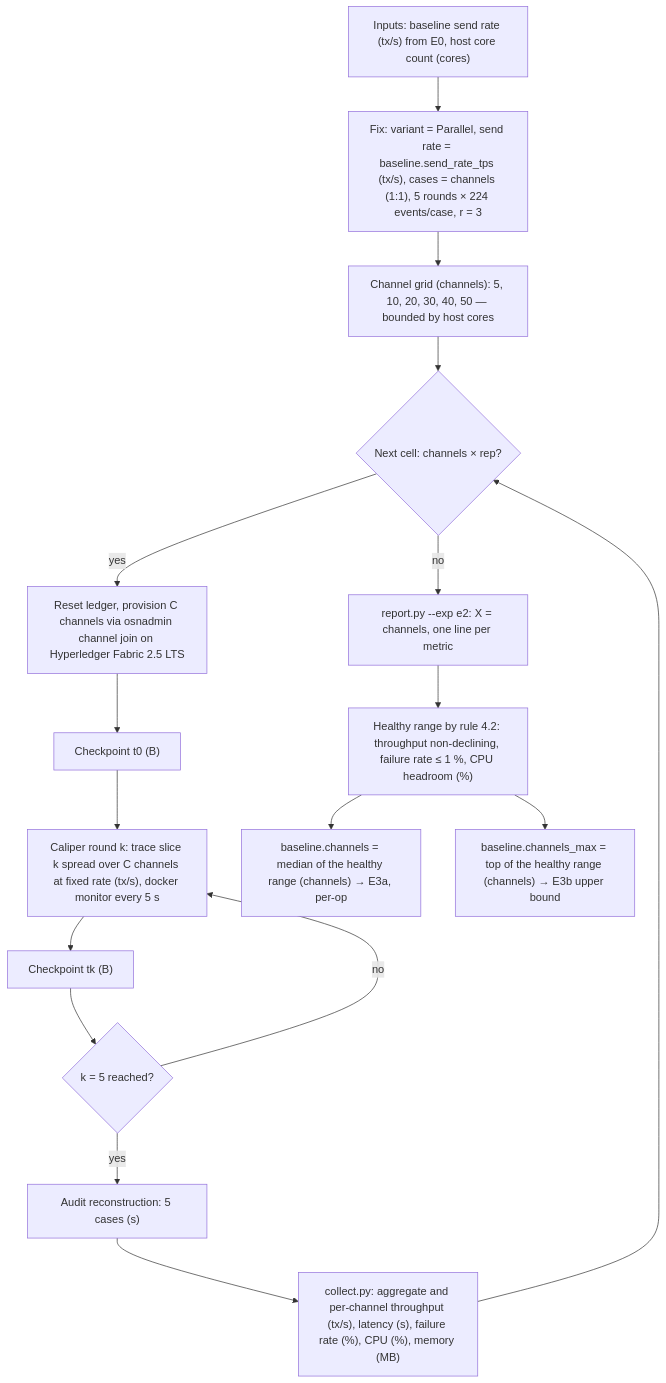
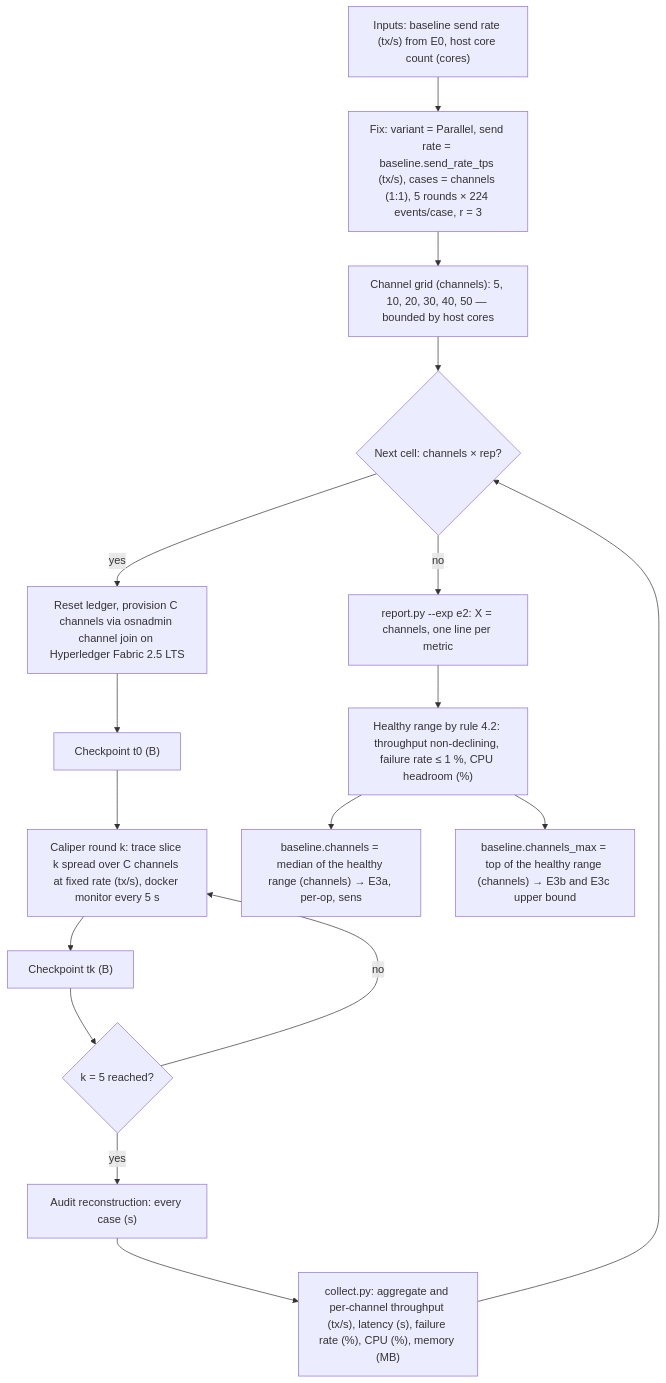
One commit to theflorist18/GLEIPNIR changed the second of 3 diagrams in docs/methodology/experiments.md. Above: the diagram before and after it, drawn with Mermaid. The commit also changed other lines of this file and 56 other files, not shown here.

````diff
--- a/docs/methodology/experiments.md
+++ b/docs/methodology/experiments.md
@@ -269,19 +398,19 @@
 ```mermaid
 flowchart TD
     A["Inputs: baseline send rate (tx/s) from E0, host core count (cores)"] --> B["Fix: variant = Parallel, send rate = baseline.send_rate_tps (tx/s), cases = channels (1:1), 5 rounds × 224 events/case, r = 3"]
     B --> C["Channel grid (channels): 5, 10, 20, 30, 40, 50 — bounded by host cores"]
     C --> D{"Next cell: channels × rep?"}
     D -->|"yes"| E["Reset ledger, provision C channels via osnadmin channel join on Hyperledger Fabric 2.5 LTS"]
     E --> F["Checkpoint t0 (B)"]
     F --> G["Caliper round k: trace slice k spread over C channels at fixed rate (tx/s), docker monitor every 5 s"]
     G --> H["Checkpoint tk (B)"]
     H --> I{"k = 5 reached?"}
     I -->|"no"| G
-    I -->|"yes"| J["Audit reconstruction: 5 cases (s)"]
+    I -->|"yes"| J["Audit reconstruction: every case (s)"]
     J --> K["collect.py: aggregate and per-channel throughput (tx/s), latency (s), failure rate (%), CPU (%), memory (MB)"]
     K --> D
     D -->|"no"| L["report.py --exp e2: X = channels, one line per metric"]
     L --> M["Healthy range by rule 4.2: throughput non-declining, failure rate ≤ 1 %, CPU headroom (%)"]
-    M --> N["baseline.channels = median of the healthy range (channels) → E3a, per-op"]
-    M --> O["baseline.channels_max = top of the healthy range (channels) → E3b upper bound"]
+    M --> N["baseline.channels = median of the healthy range (channels) → E3a, per-op, sens"]
+    M --> O["baseline.channels_max = top of the healthy range (channels) → E3b and E3c upper bound"]
 ```
````
